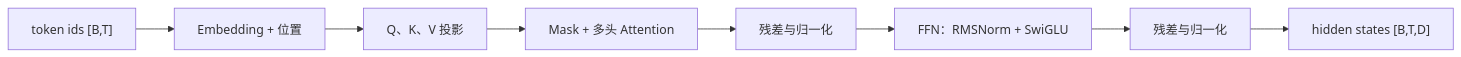
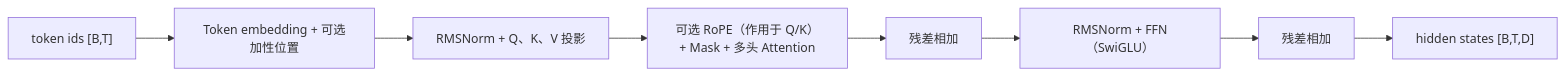
The diagram in book-03-practical-handbook/chapters/02-transformer组件实战.md (ChanChiChoi/llm-from-zero-to-interview), drawn with Mermaid before and after one commit. The commit also changed other lines of this file and 91 other files, not shown here.

````diff
--- a/book-03-practical-handbook/chapters/02-transformer组件实战.md
+++ b/book-03-practical-handbook/chapters/02-transformer组件实战.md
@@ -11,10 +11,10 @@
 ```mermaid
 flowchart LR
-    A["token ids [B,T]"] --> B["Embedding + 位置"]
-    B --> C["Q、K、V 投影"]
-    C --> D["Mask + 多头 Attention"]
-    D --> E["残差与归一化"]
-    E --> F["FFN：RMSNorm + SwiGLU"]
-    F --> G["残差与归一化"]
+    A["token ids [B,T]"] --> B["Token embedding + 可选加性位置"]
+    B --> C["RMSNorm + Q、K、V 投影"]
+    C --> D["可选 RoPE（作用于 Q/K）+ Mask + 多头 Attention"]
+    D --> E["残差相加"]
+    E --> F["RMSNorm + FFN（SwiGLU）"]
+    F --> G["残差相加"]
     G --> H["hidden states [B,T,D]"]
 ```
````
